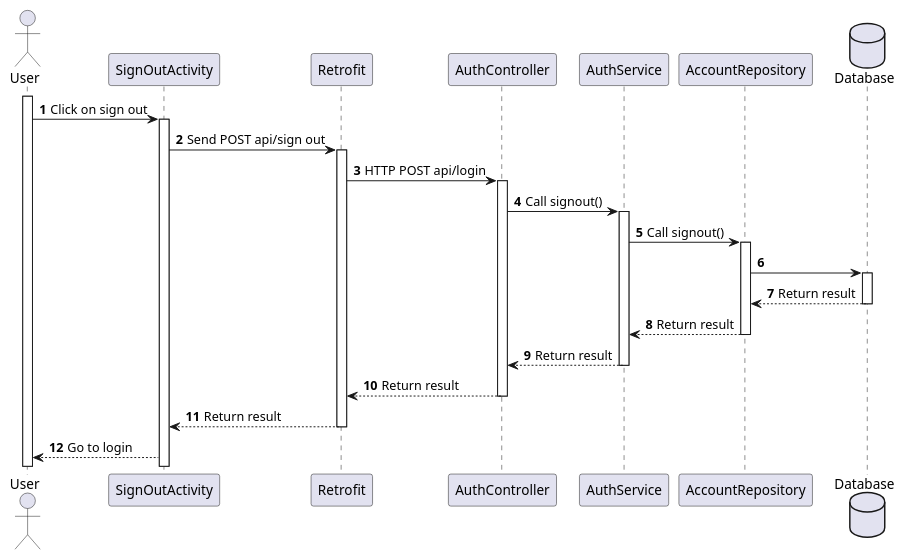
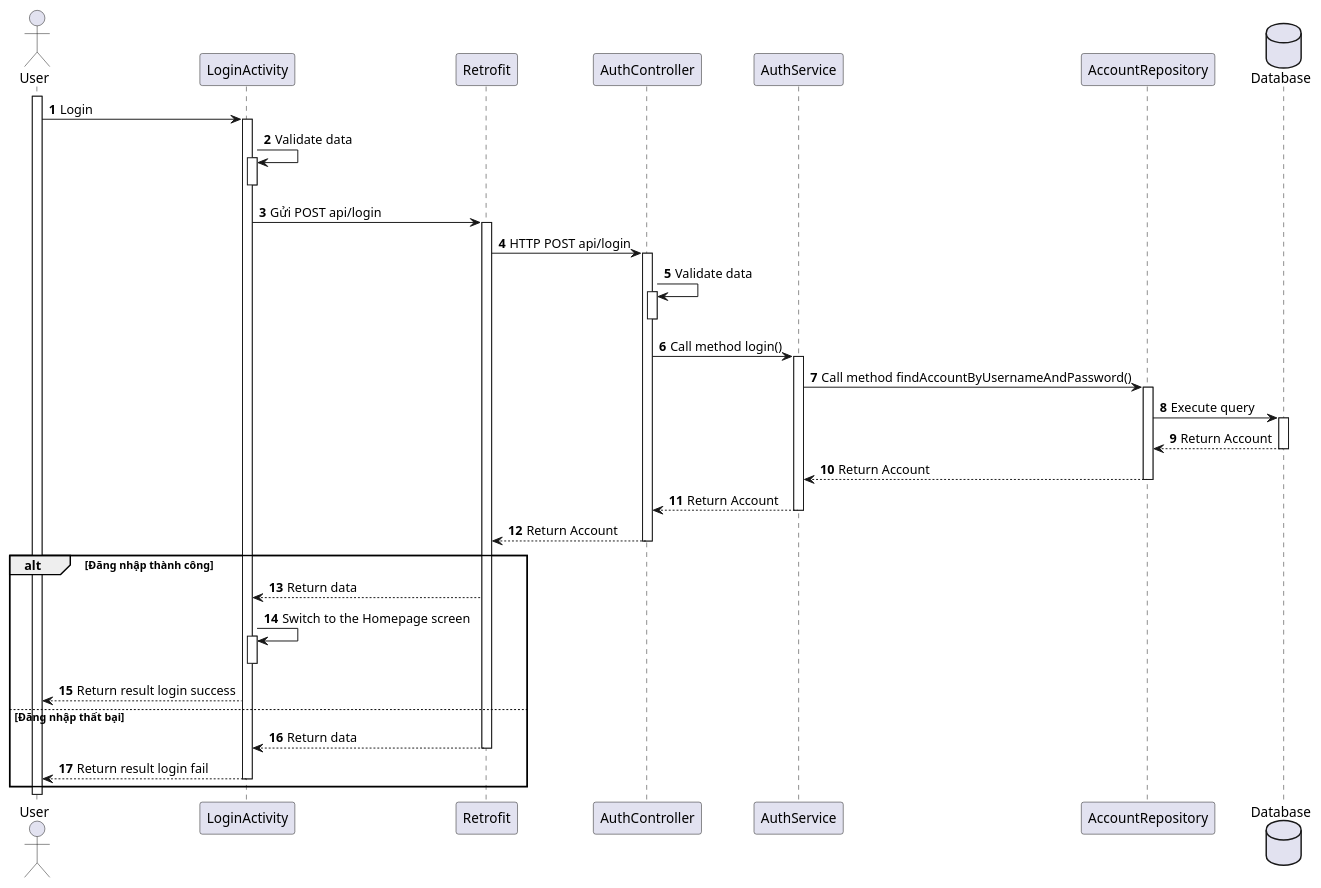
One commit to Annthe160639/japanese-app changed the diagram in japanese-app/plant_uml/[Sequence] Login.puml. Above: the diagram before and after it, drawn with PlantUML. The commit also changed 6 other files, not shown here.

Commit message:
update sequence

```diff
--- a/japanese-app/plant_uml/[Sequence] Login.puml
+++ b/japanese-app/plant_uml/[Sequence] Login.puml
@@ -1,35 +1,55 @@
 @startuml
 'https://plantuml.com/sequence-diagram
 
 'use case: đăng nhập
 
 actor User
 
-participant SignOutActivity as SignOut
+participant LoginActivity as Login
 participant Retrofit
 participant AuthController
 participant AuthService
 participant AccountRepository
 
 database Database
 
 activate User
 
 autonumber
-User -> SignOut++: Click on sign out
-SignOut -> Retrofit++: Send POST api/sign out
+User -> Login: Login
+activate Login
+Login -> Login: Validate data
+activate Login
+deactivate Login
+
+Login -> Retrofit: Gửi POST api/login
+activate Retrofit
 Retrofit -> AuthController++: HTTP POST api/login
-AuthController -> AuthService++: Call signout()
-AuthService -> AccountRepository++: Call signout()
-AccountRepository -> Database++:
 
-Database --> AccountRepository--: Return result
-AccountRepository --> AuthService--: Return result
-AuthService --> AuthController--: Return result
-AuthController --> Retrofit--: Return result
-Retrofit-->SignOut--: Return result
-SignOut-->User:Go to login
+AuthController -> AuthController: Validate data
+activate AuthController
+deactivate AuthController
+AuthController -> AuthService++: Call method login()
+AuthService -> AccountRepository++: Call method findAccountByUsernameAndPassword()
+AccountRepository -> Database++: Execute query
+
+Database --> AccountRepository--: Return Account
+AccountRepository --> AuthService--: Return Account
+AuthService --> AuthController--: Return Account
+AuthController --> Retrofit--: Return Account
 
 
+alt Đăng nhập thành công
+    Retrofit --> Login: Return data
+    Login -> Login: Switch to the Homepage screen
+    activate Login
+    deactivate Login
+    Login --> User: Return result login success
 
+else Đăng nhập thất bại
+    Retrofit --> Login: Return data
+    deactivate Retrofit
+    Login --> User: Return result login fail
+    deactivate Login
+    end
 @enduml
```
